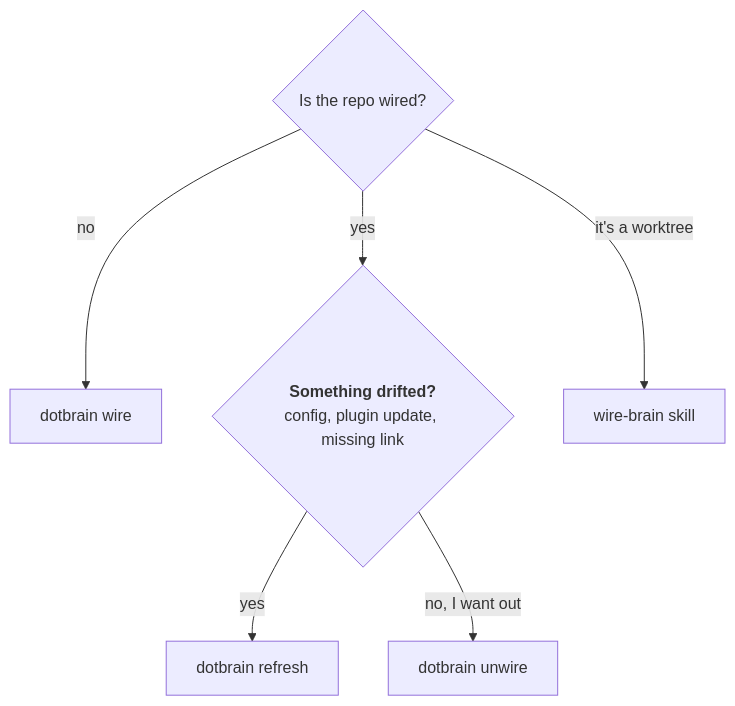
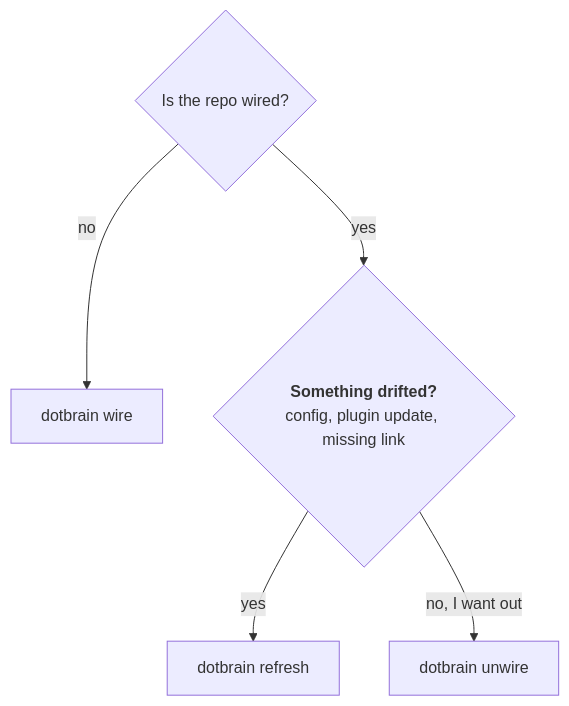
Before and after one commit to arminzou/dotbrain: the second of 2 diagrams in docs/wiring.md, drawn with Mermaid. The commit also changed other lines of this file and 65 other files, not shown here.

````diff
--- a/docs/wiring.md
+++ b/docs/wiring.md
@@ -48,10 +50,9 @@
 ```mermaid
 flowchart TD
   accTitle: Choosing wire, refresh, unwire, or wire-brain
   q1{"Is the repo wired?"} -- no --> wire["dotbrain wire"]
   q1 -- yes --> q2{"`**Something drifted?**
   config, plugin update, missing link`"}
   q2 -- yes --> refresh["dotbrain refresh"]
   q2 -- "no, I want out" --> unwire["dotbrain unwire"]
-  q1 -- "it's a worktree" --> wb["wire-brain skill"]
 ```
````
